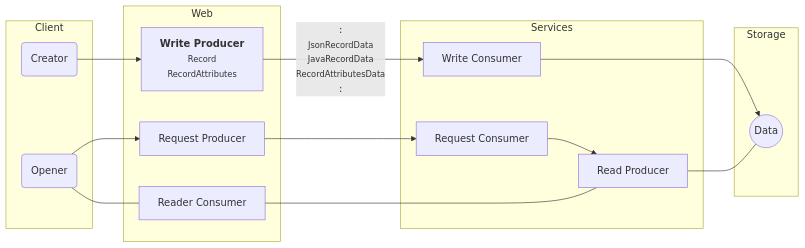
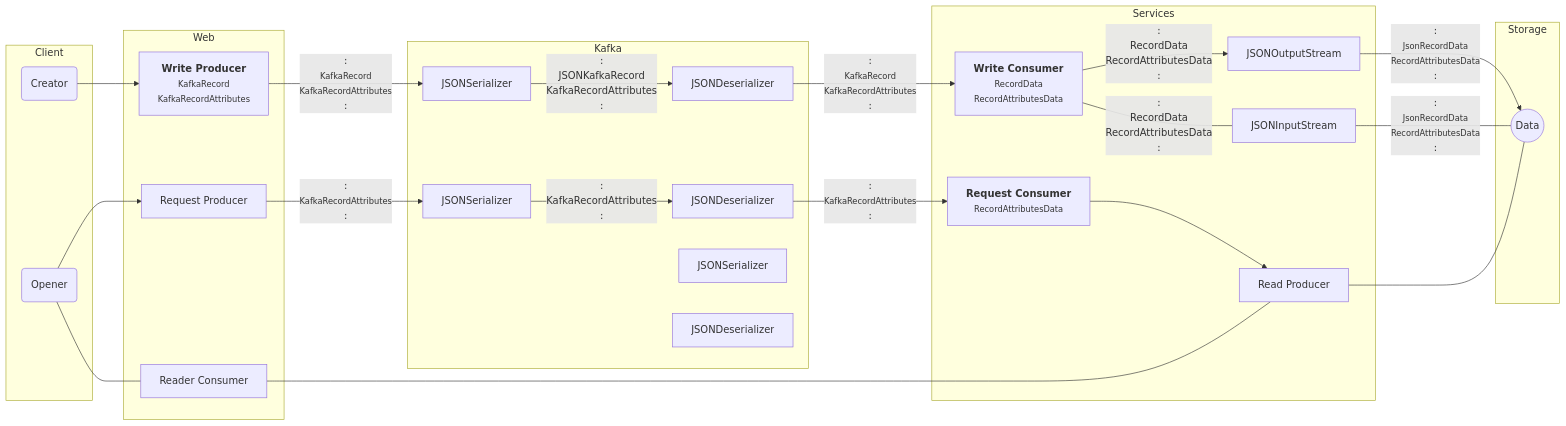
Before and after one commit to prazit/TableFlow: the diagram in documents/Data Structure - Kafka.md, drawn with Mermaid. The commit also changed 34 other files, not shown here.

````diff
--- a/documents/Data Structure - Kafka.md
+++ b/documents/Data Structure - Kafka.md
@@ -25,37 +25,54 @@
 ```mermaid
 graph LR;
 
 subgraph Client
 user(Creator)
 user2(Opener)
 end
 
 subgraph Web
-write[<b>Write Producer</b><small><br/>Record<br/>RecordAttributes</small>]
+write[<b>Write Producer</b><small><br/>KafkaRecord<br/>KafkaRecordAttributes</small>]
 request[Request Producer]
 reader[Reader Consumer]
 end
 
+subgraph Kafka
+serializer[JSONSerializer]
+deserializer[JSONDeserializer]
+requestserializer[JSONSerializer]
+requestdeserializer[JSONDeserializer]
+readserializer[JSONSerializer]
+readdeserializer[JSONDeserializer]
+end
+
 subgraph Services
-writer[Write Consumer]
-receiver[Request Consumer]
+writer[<b>Write Consumer</b><small><br/>RecordData<br/>RecordAttributesData</small>]
+receiver[<b>Request Consumer</b><small><br/>RecordAttributesData</small>]
 read[Read Producer]
+JSONOutputStream
+JSONInputStream
 end
 
 subgraph Storage
 storage((Data))
 end
 
 user-->write
-write--: <small><br/>JsonRecordData<br/>JavaRecordData<br/>RecordAttributesData<br/></small> :-->writer
-writer-->storage
-
+write--: <small><br/>KafkaRecord<br/>KafkaRecordAttributes<br/></small> :-->serializer
+serializer--: <br/>JSONKafkaRecord<br/>KafkaRecordAttributes<br/> :-->deserializer
+deserializer--: <small><br/>KafkaRecord<br/>KafkaRecordAttributes<br/></small> :-->writer
+writer--: <br/>RecordData<br/>RecordAttributesData<br/> :-->JSONOutputStream
+JSONOutputStream--: <small><br/>JsonRecordData<br/>RecordAttributesData<br/></small> :-->storage
+writer--: <br/>RecordData<br/>RecordAttributesData<br/> :---JSONInputStream
+JSONInputStream--: <small><br/>JsonRecordData<br/>RecordAttributesData<br/></small> :---storage
 
 user2-->request
-request-->receiver
+request--: <small><br/>KafkaRecordAttributes<br/></small> :-->requestserializer
+requestserializer--: <br/>KafkaRecordAttributes<br/> :-->requestdeserializer
+requestdeserializer--: <small><br/>KafkaRecordAttributes<br/></small> :-->receiver
 receiver-->read
 read---storage
 
 user2---reader
 reader---read
 ```
````
